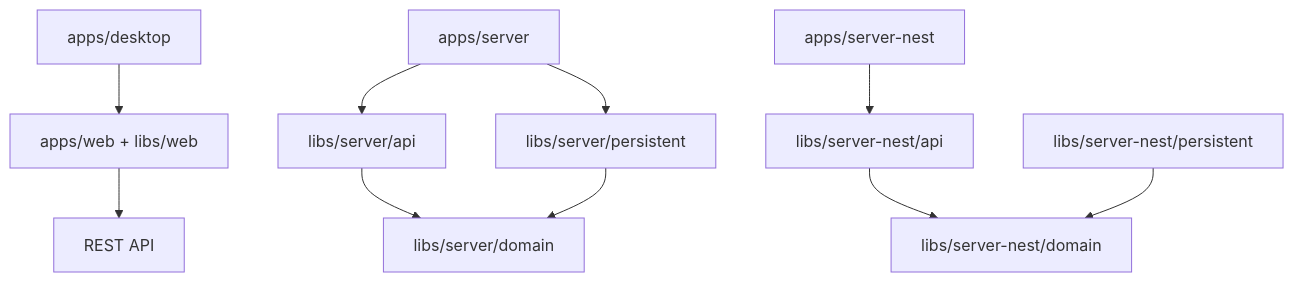
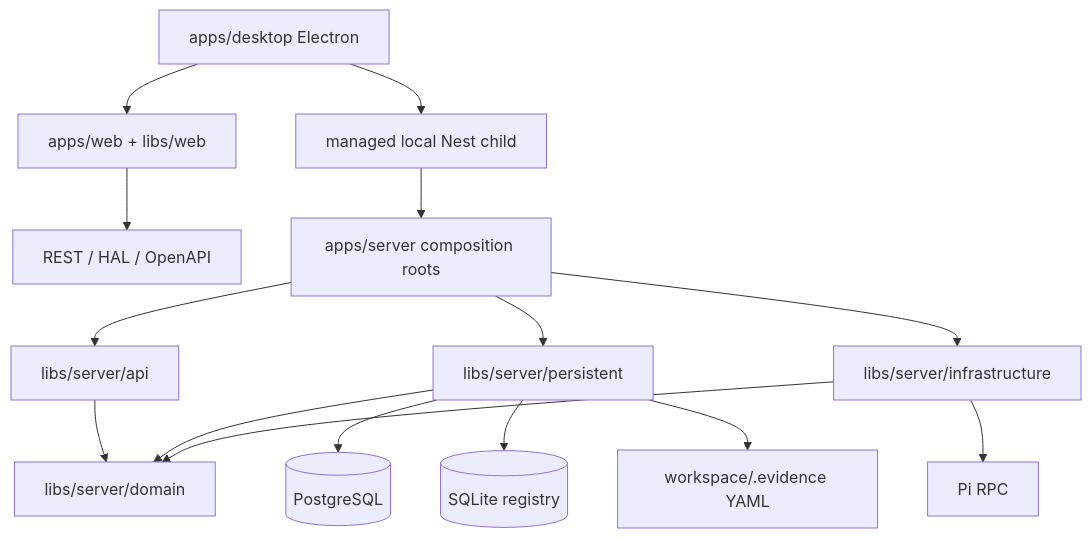
Before and after one commit to JayClock/Evidence: the diagram in docs/architecture/architecture-style.md, drawn with Mermaid. The commit also changed other lines of this file and 6 other files, not shown here.

Commit message:
docs(docs): describe nest electron architecture

````diff
--- a/docs/architecture/architecture-style.md
+++ b/docs/architecture/architecture-style.md
@@ -27,12 +28,19 @@
 ```mermaid
 graph TD
-  Web[apps/web + libs/web] --> API[REST API]
-  Desktop[apps/desktop] --> Web
-  RustRoot[apps/server] --> RustAPI[libs/server/api]
-  RustAPI --> RustDomain[libs/server/domain]
-  RustPersistent[libs/server/persistent] --> RustDomain
-  RustRoot --> RustPersistent
-  NestRoot[apps/server-nest] --> NestAPI[libs/server-nest/api]
-  NestAPI --> NestDomain[libs/server-nest/domain]
-  NestPersistent[libs/server-nest/persistent] --> NestDomain
+  Web[apps/web + libs/web] --> PublishedAPI[REST / HAL / OpenAPI]
+  Desktop[apps/desktop Electron] --> Web
+  Desktop --> LocalServer[managed local Nest child]
+
+  ServerRoot[apps/server composition roots] --> API[libs/server/api]
+  ServerRoot --> Persistence[libs/server/persistent]
+  ServerRoot --> Infrastructure[libs/server/infrastructure]
+  API --> Domain[libs/server/domain]
+  Persistence --> Domain
+  Infrastructure --> Domain
+  LocalServer --> ServerRoot
+
+  Persistence --> PostgreSQL[(PostgreSQL)]
+  Persistence --> SQLite[(SQLite registry)]
+  Persistence --> EvidenceFiles[workspace/.evidence YAML]
+  Infrastructure --> Pi[Pi RPC]
 ```
````
